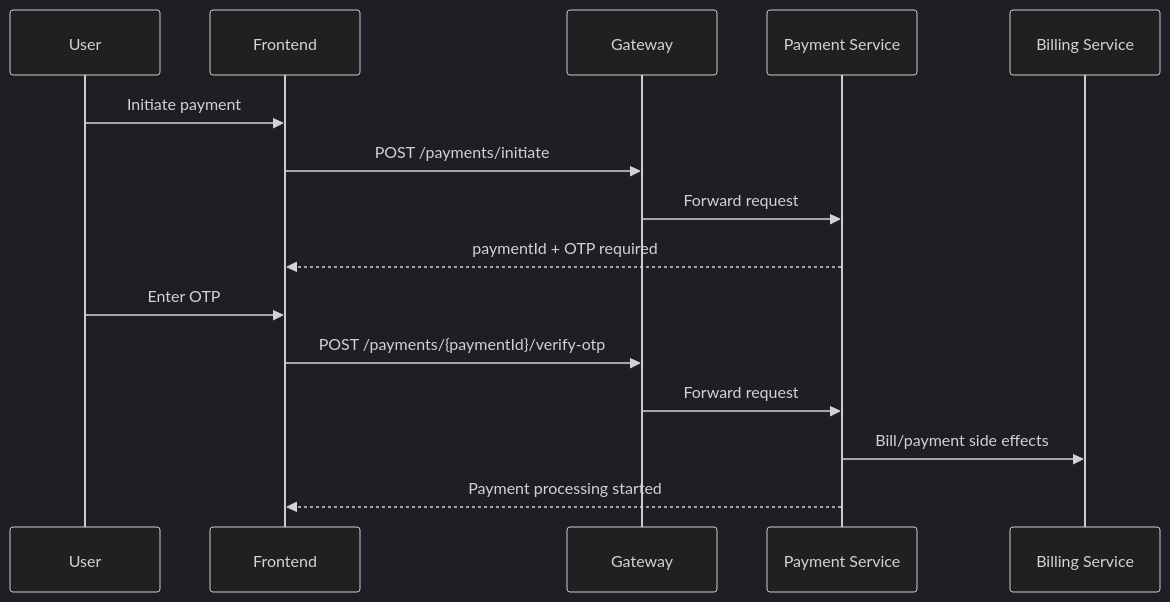
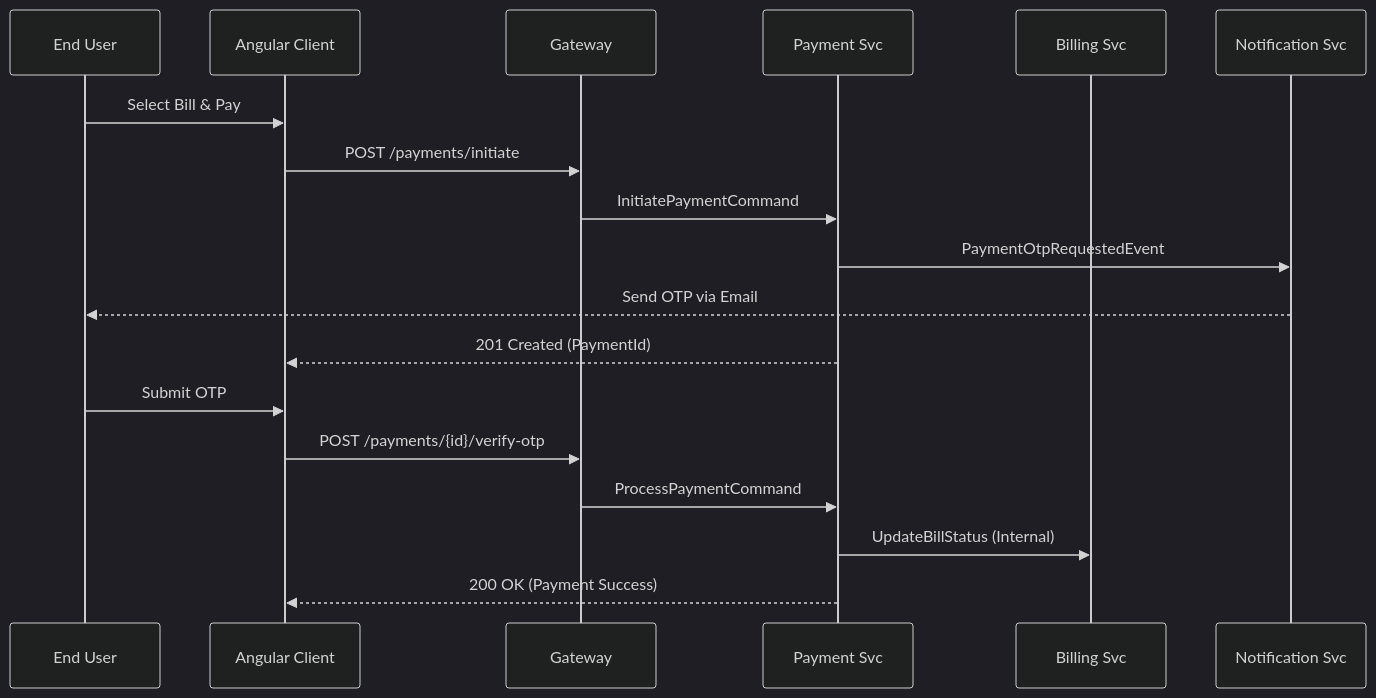
One commit to TirtharajBarma/cred-vault changed the third of 3 diagrams in src/docs/API-REFERENCE.md. Above: the diagram before and after it, drawn with Mermaid (dark theme). The commit also changed other lines of this file and 26 other files, not shown here.

````diff
--- a/src/docs/API-REFERENCE.md
+++ b/src/docs/API-REFERENCE.md
@@ -471,19 +212,22 @@
 ```mermaid
 sequenceDiagram
-    participant U as User
-    participant F as Frontend
+    participant U as End User
+    participant F as Angular Client
     participant G as Gateway
-    participant P as Payment Service
-    participant B as Billing Service
+    participant P as Payment Svc
+    participant B as Billing Svc
+    participant N as Notification Svc
 
-    U->>F: Initiate payment
+    U->>F: Select Bill & Pay
     F->>G: POST /payments/initiate
-    G->>P: Forward request
-    P-->>F: paymentId + OTP required
-
-    U->>F: Enter OTP
-    F->>G: POST /payments/{paymentId}/verify-otp
-    G->>P: Forward request
-    P->>B: Bill/payment side effects
-    P-->>F: Payment processing started
+    G->>P: InitiatePaymentCommand
+    P->>N: PaymentOtpRequestedEvent
+    N-->>U: Send OTP via Email
+    P-->>F: 201 Created (PaymentId)
+    
+    U->>F: Submit OTP
+    F->>G: POST /payments/{id}/verify-otp
+    G->>P: ProcessPaymentCommand
+    P->>B: UpdateBillStatus (Internal)
+    P-->>F: 200 OK (Payment Success)
 ```
````
